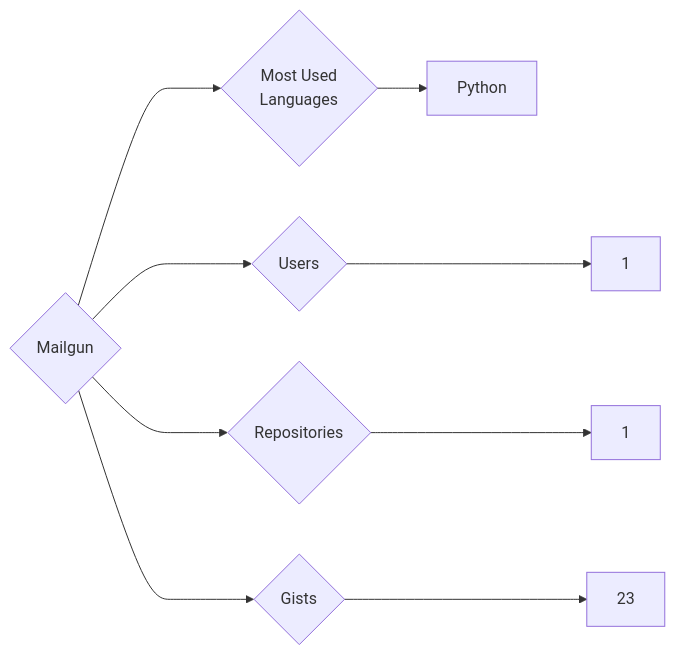
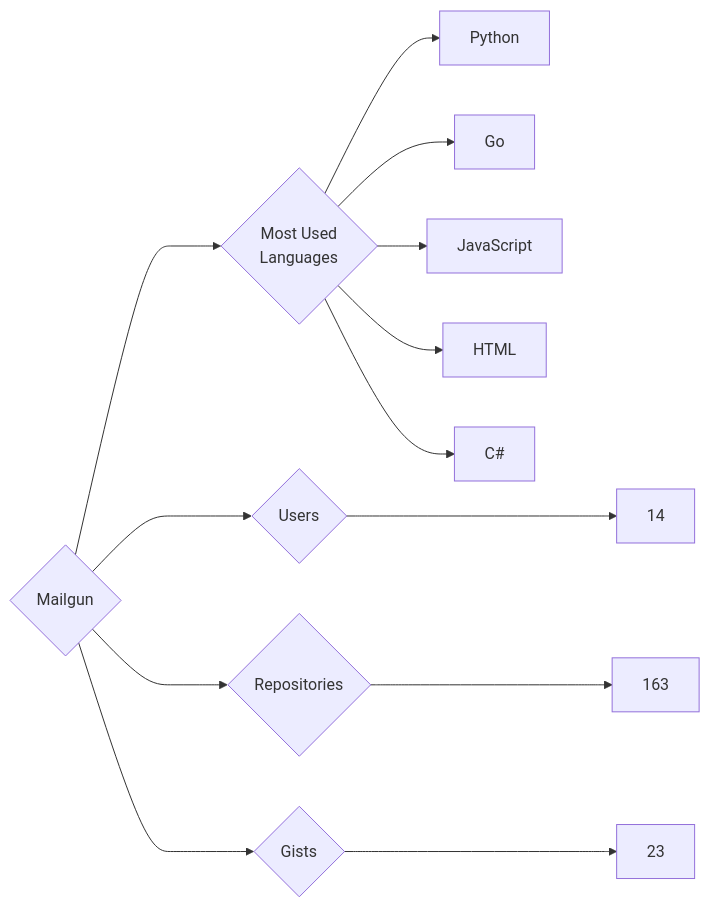
One commit to trickest/insiders changed the diagram in targets/Mailgun/README.md. Above: the diagram before and after it, drawn with Mermaid. The commit also changed 888 other files, not shown here.

````diff
--- a/targets/Mailgun/README.md
+++ b/targets/Mailgun/README.md
@@ -3,9 +3,13 @@
 ```mermaid
 graph LR
 COMPANY_NAME{Mailgun}
-COMPANY_NAME ---> U{Users} ---> UN[1]
-COMPANY_NAME ---> R{Repositories} ---> RN[1]
+COMPANY_NAME ---> U{Users} ---> UN[14]
+COMPANY_NAME ---> R{Repositories} ---> RN[163]
 COMPANY_NAME ---> G{Gists} ---> GN[23]
 COMPANY_NAME ---> ML{Most Used<br>Languages}
 ML --> Python[Python]
+ML --> Go[Go]
+ML --> JavaScript[JavaScript]
+ML --> HTML[HTML]
+ML --> C#[C#]
 ```
````
